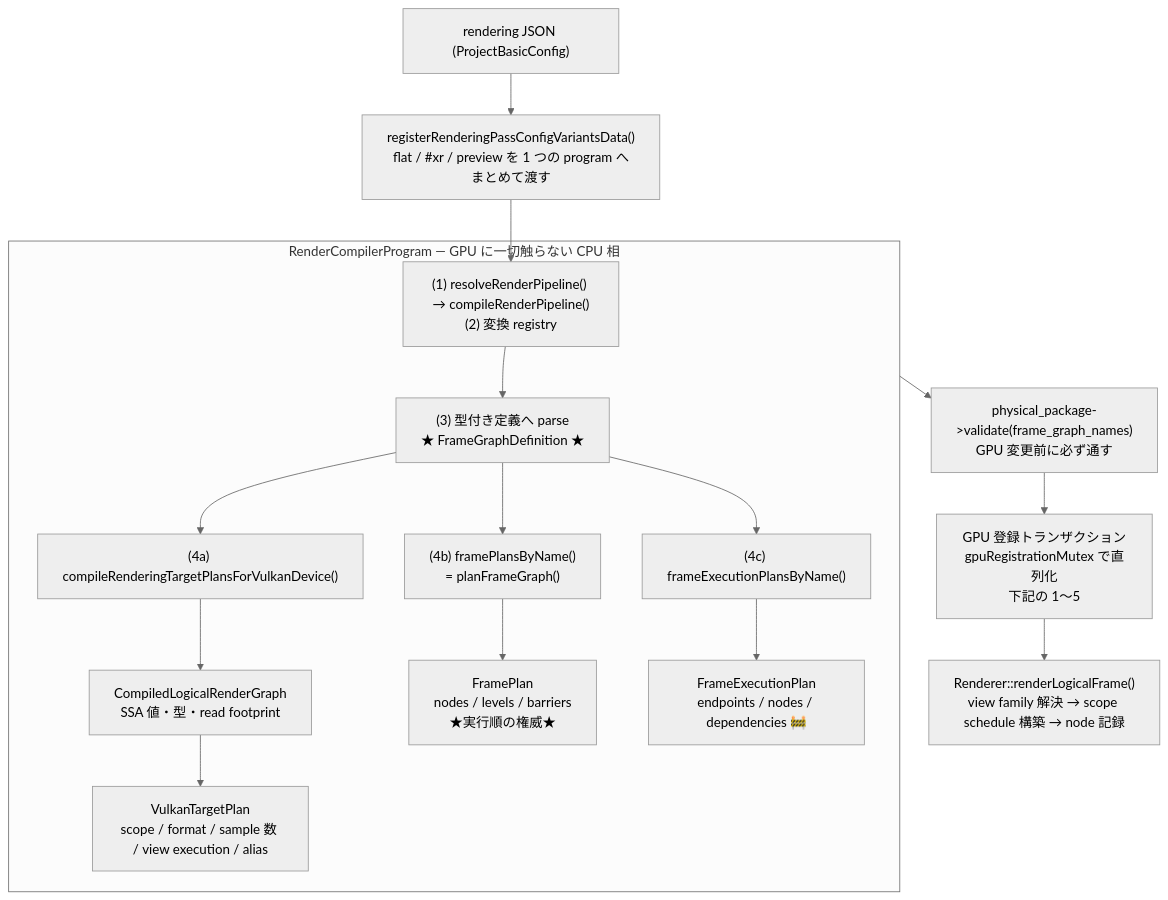
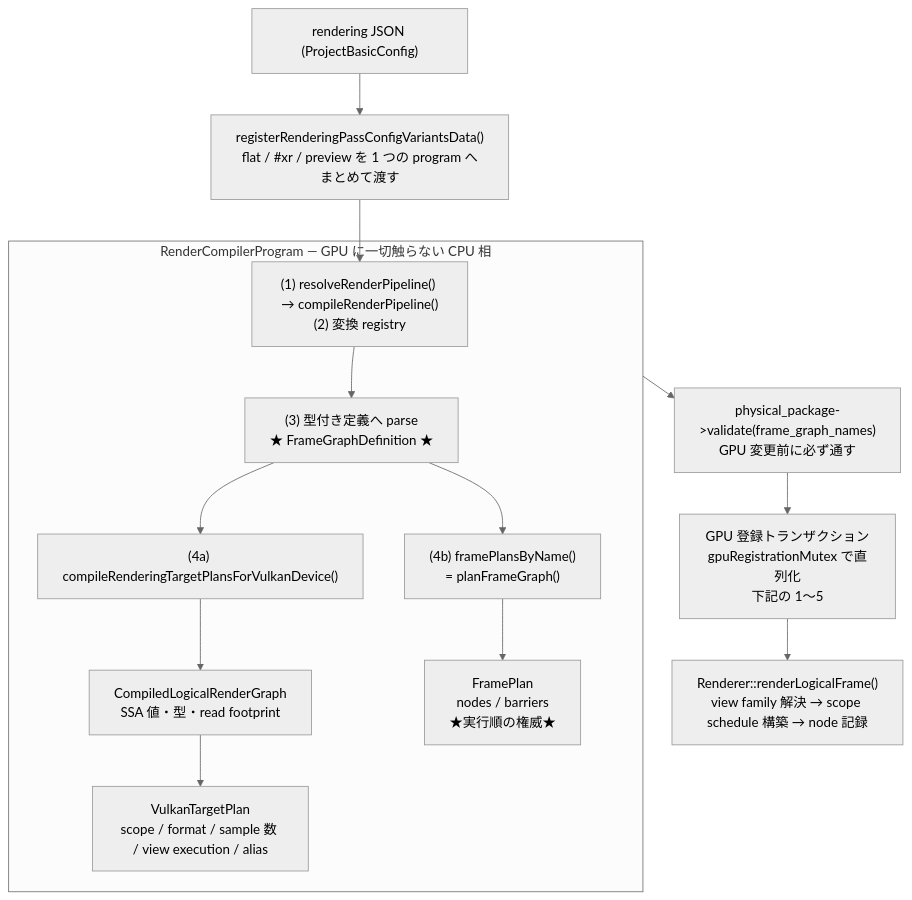
One commit to pelican-games/peligraph changed the first of 8 diagrams in docs/source-code-guide/06_rendering_vulkan_shader.md. Above: the diagram before and after it, drawn with Mermaid (neutral theme). The commit also changed other lines of this file and 25 other files, not shown here.

Commit message:
docs: RC-2 — the frame plan without execution_plan and levels, Studio's Logical graph draws barriers

````diff
--- a/docs/source-code-guide/06_rendering_vulkan_shader.md
+++ b/docs/source-code-guide/06_rendering_vulkan_shader.md
@@ -41,25 +42,22 @@
 ```mermaid
 flowchart TB
     Input["rendering JSON (ProjectBasicConfig)"]
     Register["registerRenderingPassConfigVariantsData()<br/>flat / #xr / preview を 1 つの program へまとめて渡す"]
     subgraph CPU["RenderCompilerProgram — GPU に一切触らない CPU 相"]
         Resolve["(1) resolveRenderPipeline() → compileRenderPipeline()<br/>(2) 変換 registry"]
         Definition["(3) 型付き定義へ parse<br/>★ FrameGraphDefinition ★"]
         Targets["(4a) compileRenderingTargetPlansForVulkanDevice()"]
         Logical["CompiledLogicalRenderGraph<br/>SSA 値・型・read footprint"]
         Physical["VulkanTargetPlan<br/>scope / format / sample 数 / view execution / alias"]
         Planner["(4b) framePlansByName()<br/>= planFrameGraph()"]
-        Plan["FramePlan<br/>nodes / levels / barriers<br/>★実行順の権威★"]
-        ExecutionPlanner["(4c) frameExecutionPlansByName()"]
-        Execution["FrameExecutionPlan<br/>endpoints / nodes / dependencies 🚧"]
+        Plan["FramePlan<br/>nodes / barriers<br/>★実行順の権威★"]
         Resolve --> Definition
         Definition --> Targets --> Logical --> Physical
         Definition --> Planner --> Plan
-        Definition --> ExecutionPlanner --> Execution
     end
     Validate["physical_package->validate(frame_graph_names)<br/>GPU 変更前に必ず通す"]
     GPU["GPU 登録トランザクション<br/>gpuRegistrationMutex で直列化<br/>下記の 1〜5"]
     Render["Renderer::renderLogicalFrame()<br/>view family 解決 → scope schedule 構築 → node 記録"]
     Input --> Register --> Resolve
     CPU --> Validate --> GPU --> Render
 ```
````
